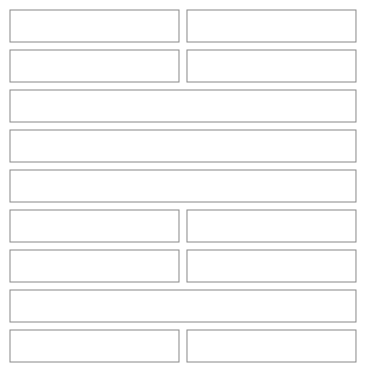
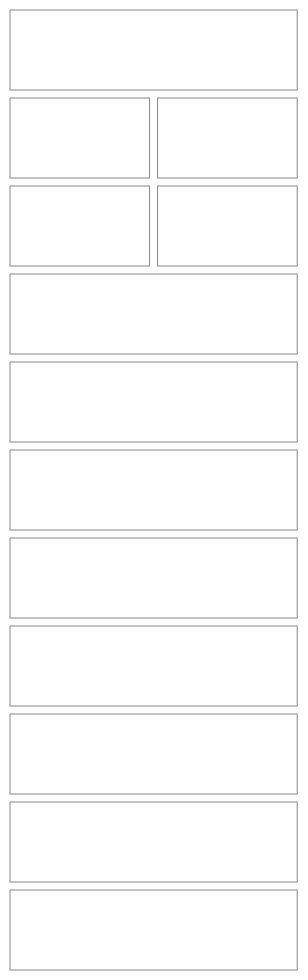
Diagram 16 of 31 in src/apps/pinch/UX.md (NovaMoonX/moondreams-dev-apps), drawn with Mermaid before and after one commit. The commit also changed other lines of this file and 206 other files, not shown here.

````diff
--- a/src/apps/pinch/UX.md
+++ b/src/apps/pinch/UX.md
@@ -420,33 +512,31 @@
 ```mermaid
 %%{init: {'theme': 'base', 'themeVariables': {'primaryColor': 'transparent', 'primaryBorderColor': '#888888', 'primaryTextColor': '#333333', 'lineColor': '#888888'}}}%%
 block-beta
   columns 2
-  K1["Ingredients"]:1
-  K2["+ New  ·  📋"]:1
-  K3["🏪 Stores  ·  6"]:1
-  K4["🛒 Products  ·  14"]:1
-  K5["[ Yours ]   All"]:2
-  K6["🔍 Search"]:2
-  K7["— Chicken —"]:2
-  K8["🍗 Chicken breast"]:1
-  K9["Walmart · $9.48 / 3 lb"]:1
-  K10["🍗 Chicken thighs"]:1
-  K11["No product yet"]:1
-  K12["— Rice —"]:2
-  K13["🍚 Jasmine rice"]:1
-  K14["Costco · $14.99 / 20 lb"]:1
+  K1["Kitchen"]:2
+  K2["🏪 Stores  ·  6"]:1
+  K3["🛒 Products  ·  14"]:1
+  K4["INGREDIENTS  42"]:1
+  K5["+ New"]:1
+  K6["🔍 Search   ⧩ 2   👁"]:2
+  K6b["[ Yours ]   All"]:2
+  K7["Needs a price · in Yours  ✕   Clear"]:2
+  K8["— Chicken —"]:2
+  K9["Chicken breast<br/>Walmart · $9.48 / 3 lb<br/>🔥 165 · 💪 31g per 100 g"]:2
+  K11["Chicken thighs<br/>No price yet<br/>🔥 209 · 💪 26g per 100 g"]:2
+  K13["— Rice —"]:2
+  K14["Jasmine rice<br/>Costco · $14.99 / 20 lb<br/>🔥 360 · 💪 7g per 100 g"]:2
   style K1 fill:transparent,stroke:#888888,stroke-width:1px;
   style K2 fill:transparent,stroke:#888888,stroke-width:1px;
   style K3 fill:transparent,stroke:#888888,stroke-width:1px;
   style K4 fill:transparent,stroke:#888888,stroke-width:1px;
   style K5 fill:transparent,stroke:#888888,stroke-width:1px;
   style K6 fill:transparent,stroke:#888888,stroke-width:1px;
+  style K6b fill:transparent,stroke:#888888,stroke-width:1px;
   style K7 fill:transparent,stroke:#888888,stroke-width:1px;
   style K8 fill:transparent,stroke:#888888,stroke-width:1px;
   style K9 fill:transparent,stroke:#888888,stroke-width:1px;
-  style K10 fill:transparent,stroke:#888888,stroke-width:1px;
   style K11 fill:transparent,stroke:#888888,stroke-width:1px;
-  style K12 fill:transparent,stroke:#888888,stroke-width:1px;
   style K13 fill:transparent,stroke:#888888,stroke-width:1px;
   style K14 fill:transparent,stroke:#888888,stroke-width:1px;
 ```
````
